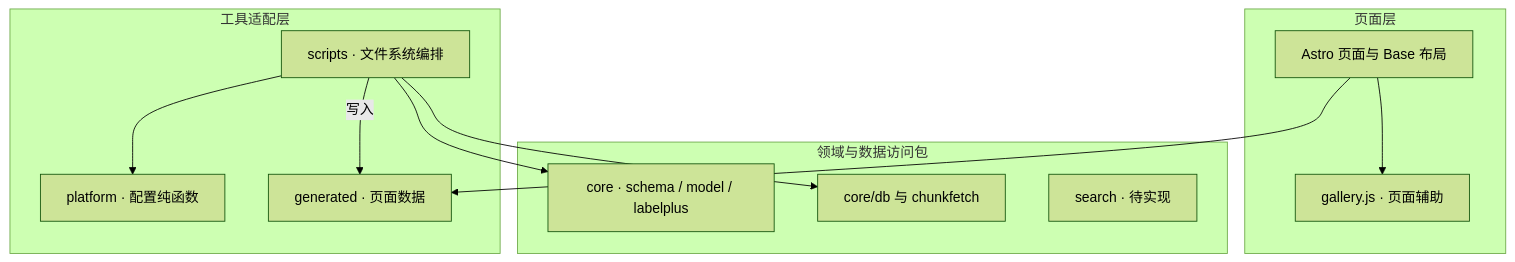
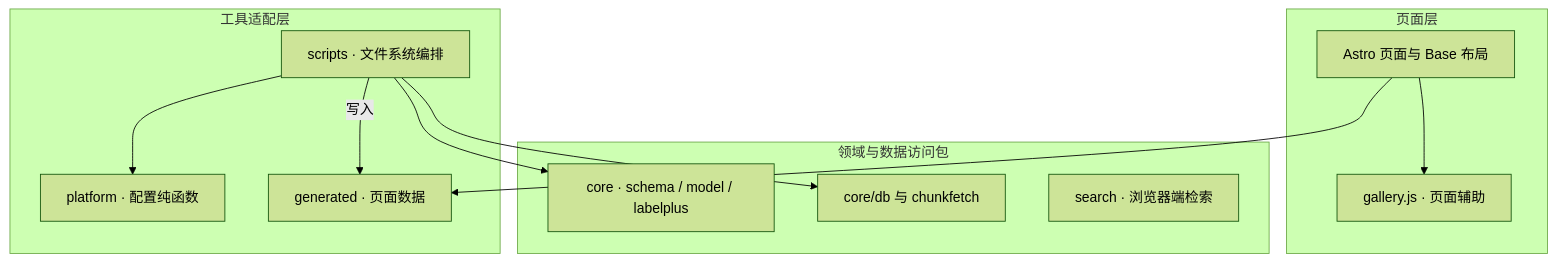
Before and after one commit to CyberNova2333/pagehaven: the diagram in README.md, drawn with Mermaid (forest theme). The commit also changed other lines of this file, not shown here.

````diff
--- a/README.md
+++ b/README.md
@@ -26,23 +26,23 @@
 ```mermaid
 flowchart TB
     subgraph L0["页面层"]
         PAGE["Astro 页面与 Base 布局"]
         VIEW["gallery.js · 页面辅助"]
     end
     subgraph L1["领域与数据访问包"]
         CORE["core · schema / model / labelplus"]
         DB["core/db 与 chunkfetch"]
-        SEARCH["search · 待实现"]
+        SEARCH["search · 浏览器端检索"]
     end
     subgraph L2["工具适配层"]
         TOOLS["scripts · 文件系统编排"]
         PLATFORM["platform · 配置纯函数"]
         DATA["generated · 页面数据"]
     end
     PAGE --> VIEW
     PAGE --> DATA
     TOOLS --> CORE
     TOOLS --> DB
     TOOLS --> PLATFORM
     TOOLS -->|写入| DATA
 ```
````
